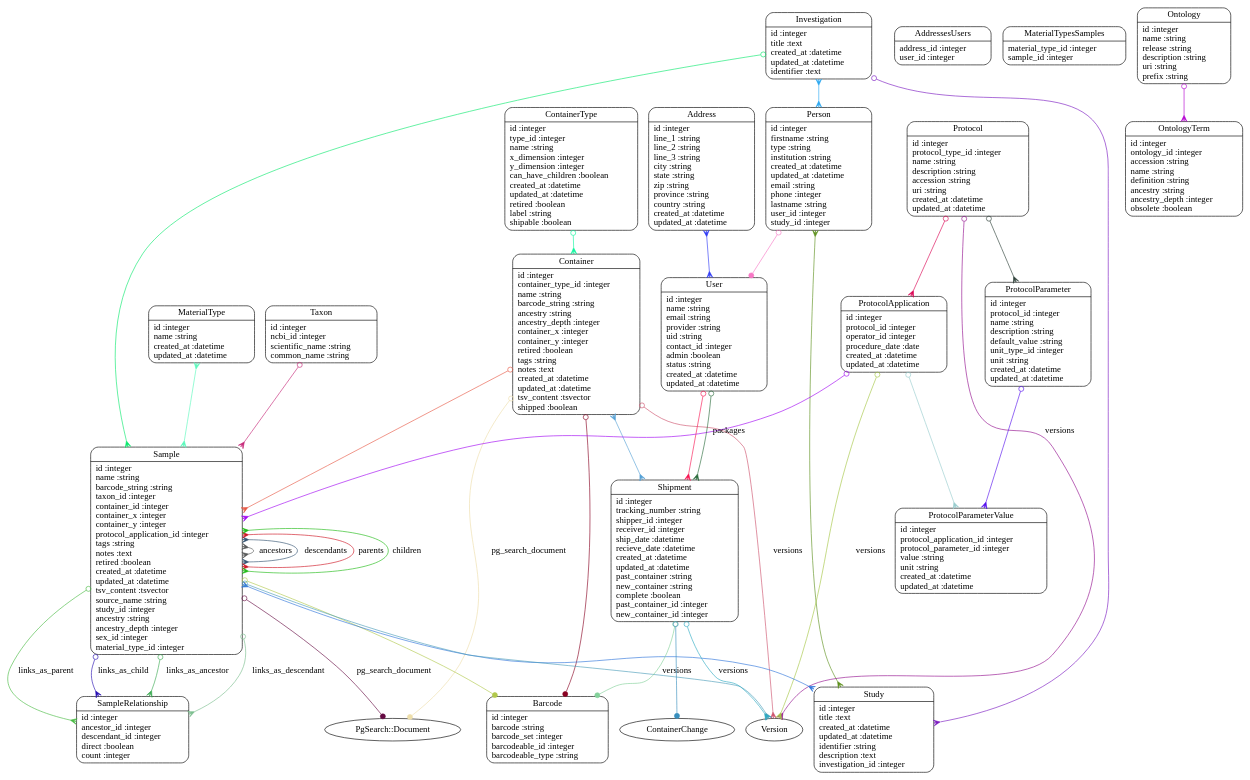
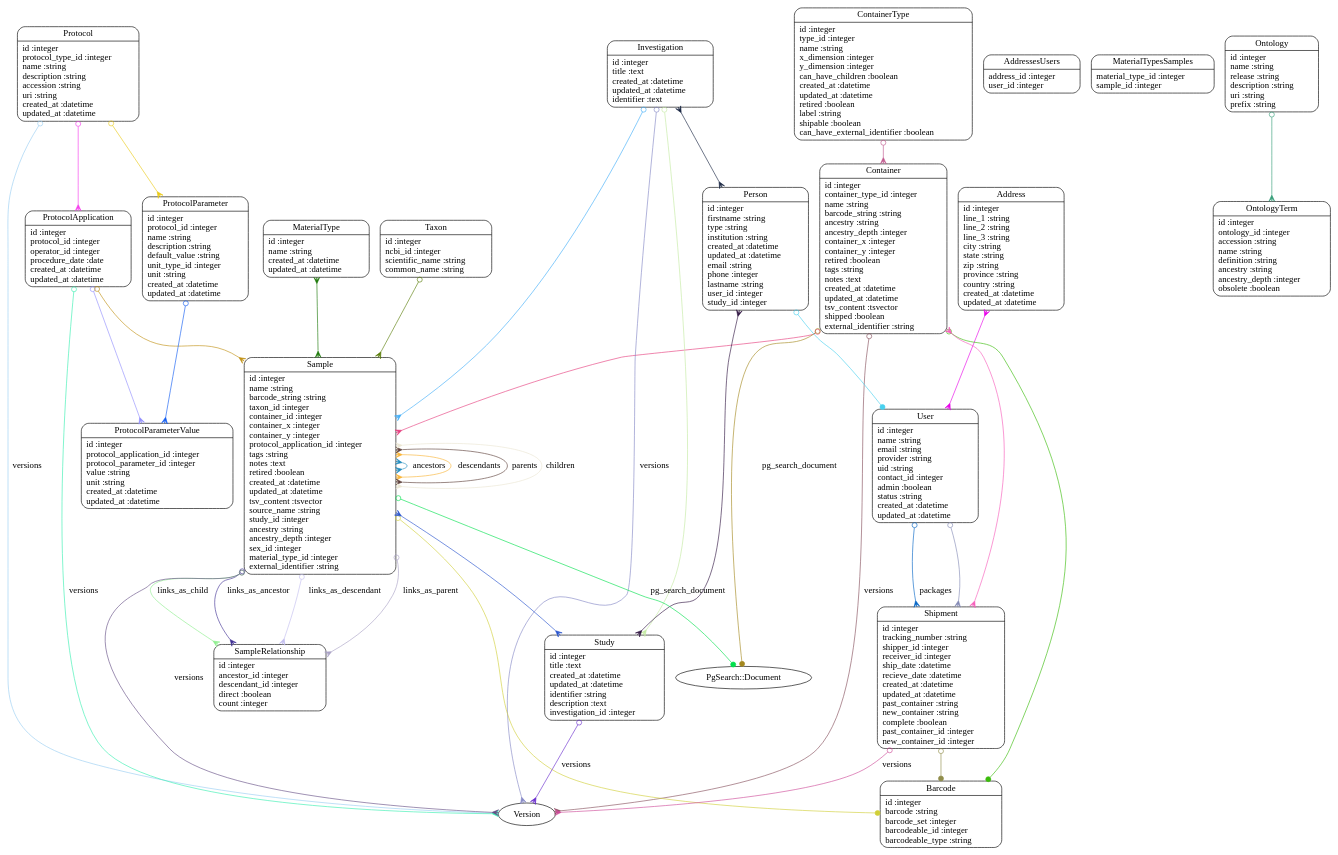
Before and after one commit to dimitras/collos: the diagram in models.dot, drawn with Graphviz. The commit also changed 25 other files, not shown here.

```diff
--- a/models.dot
+++ b/models.dot
@@ -1,63 +1,64 @@
 digraph models_diagram {
 	graph[overlap=false, splines=true]
 	"Address" [shape=Mrecord, label="{Address|id :integer\lline_1 :string\lline_2 :string\lline_3 :string\lcity :string\lstate :string\lzip :string\lprovince :string\lcountry :string\lcreated_at :datetime\lupdated_at :datetime\l}"]
 	"AddressesUsers" [shape=Mrecord, label="{AddressesUsers|address_id :integer\luser_id :integer\l}"]
 	"Barcode" [shape=Mrecord, label="{Barcode|id :integer\lbarcode :string\lbarcode_set :integer\lbarcodeable_id :integer\lbarcodeable_type :string\l}"]
-	"Container" [shape=Mrecord, label="{Container|id :integer\lcontainer_type_id :integer\lname :string\lbarcode_string :string\lancestry :string\lancestry_depth :integer\lcontainer_x :integer\lcontainer_y :integer\lretired :boolean\ltags :string\lnotes :text\lcreated_at :datetime\lupdated_at :datetime\ltsv_content :tsvector\lshipped :boolean\l}"]
-	"ContainerType" [shape=Mrecord, label="{ContainerType|id :integer\ltype_id :integer\lname :string\lx_dimension :integer\ly_dimension :integer\lcan_have_children :boolean\lcreated_at :datetime\lupdated_at :datetime\lretired :boolean\llabel :string\lshipable :boolean\l}"]
+	"Container" [shape=Mrecord, label="{Container|id :integer\lcontainer_type_id :integer\lname :string\lbarcode_string :string\lancestry :string\lancestry_depth :integer\lcontainer_x :integer\lcontainer_y :integer\lretired :boolean\ltags :string\lnotes :text\lcreated_at :datetime\lupdated_at :datetime\ltsv_content :tsvector\lshipped :boolean\lexternal_identifier :string\l}"]
+	"ContainerType" [shape=Mrecord, label="{ContainerType|id :integer\ltype_id :integer\lname :string\lx_dimension :integer\ly_dimension :integer\lcan_have_children :boolean\lcreated_at :datetime\lupdated_at :datetime\lretired :boolean\llabel :string\lshipable :boolean\lcan_have_external_identifier :boolean\l}"]
 	"Investigation" [shape=Mrecord, label="{Investigation|id :integer\ltitle :text\lcreated_at :datetime\lupdated_at :datetime\lidentifier :text\l}"]
 	"MaterialType" [shape=Mrecord, label="{MaterialType|id :integer\lname :string\lcreated_at :datetime\lupdated_at :datetime\l}"]
 	"MaterialTypesSamples" [shape=Mrecord, label="{MaterialTypesSamples|material_type_id :integer\lsample_id :integer\l}"]
 	"Ontology" [shape=Mrecord, label="{Ontology|id :integer\lname :string\lrelease :string\ldescription :string\luri :string\lprefix :string\l}"]
 	"OntologyTerm" [shape=Mrecord, label="{OntologyTerm|id :integer\lontology_id :integer\laccession :string\lname :string\ldefinition :string\lancestry :string\lancestry_depth :integer\lobsolete :boolean\l}"]
 	"Person" [shape=Mrecord, label="{Person|id :integer\lfirstname :string\ltype :string\linstitution :string\lcreated_at :datetime\lupdated_at :datetime\lemail :string\lphone :integer\llastname :string\luser_id :integer\lstudy_id :integer\l}"]
 	"Protocol" [shape=Mrecord, label="{Protocol|id :integer\lprotocol_type_id :integer\lname :string\ldescription :string\laccession :string\luri :string\lcreated_at :datetime\lupdated_at :datetime\l}"]
 	"ProtocolApplication" [shape=Mrecord, label="{ProtocolApplication|id :integer\lprotocol_id :integer\loperator_id :integer\lprocedure_date :date\lcreated_at :datetime\lupdated_at :datetime\l}"]
 	"ProtocolParameter" [shape=Mrecord, label="{ProtocolParameter|id :integer\lprotocol_id :integer\lname :string\ldescription :string\ldefault_value :string\lunit_type_id :integer\lunit :string\lcreated_at :datetime\lupdated_at :datetime\l}"]
 	"ProtocolParameterValue" [shape=Mrecord, label="{ProtocolParameterValue|id :integer\lprotocol_application_id :integer\lprotocol_parameter_id :integer\lvalue :string\lunit :string\lcreated_at :datetime\lupdated_at :datetime\l}"]
-	"Sample" [shape=Mrecord, label="{Sample|id :integer\lname :string\lbarcode_string :string\ltaxon_id :integer\lcontainer_id :integer\lcontainer_x :integer\lcontainer_y :integer\lprotocol_application_id :integer\ltags :string\lnotes :text\lretired :boolean\lcreated_at :datetime\lupdated_at :datetime\ltsv_content :tsvector\lsource_name :string\lstudy_id :integer\lancestry :string\lancestry_depth :integer\lsex_id :integer\lmaterial_type_id :integer\l}"]
+	"Sample" [shape=Mrecord, label="{Sample|id :integer\lname :string\lbarcode_string :string\ltaxon_id :integer\lcontainer_id :integer\lcontainer_x :integer\lcontainer_y :integer\lprotocol_application_id :integer\ltags :string\lnotes :text\lretired :boolean\lcreated_at :datetime\lupdated_at :datetime\ltsv_content :tsvector\lsource_name :string\lstudy_id :integer\lancestry :string\lancestry_depth :integer\lsex_id :integer\lmaterial_type_id :integer\lexternal_identifier :string\l}"]
 	"SampleRelationship" [shape=Mrecord, label="{SampleRelationship|id :integer\lancestor_id :integer\ldescendant_id :integer\ldirect :boolean\lcount :integer\l}"]
 	"Shipment" [shape=Mrecord, label="{Shipment|id :integer\ltracking_number :string\lshipper_id :integer\lreceiver_id :integer\lship_date :datetime\lrecieve_date :datetime\lcreated_at :datetime\lupdated_at :datetime\lpast_container :string\lnew_container :string\lcomplete :boolean\lpast_container_id :integer\lnew_container_id :integer\l}"]
 	"Study" [shape=Mrecord, label="{Study|id :integer\ltitle :text\lcreated_at :datetime\lupdated_at :datetime\lidentifier :string\ldescription :text\linvestigation_id :integer\l}"]
 	"Taxon" [shape=Mrecord, label="{Taxon|id :integer\lncbi_id :integer\lscientific_name :string\lcommon_name :string\l}"]
 	"User" [shape=Mrecord, label="{User|id :integer\lname :string\lemail :string\lprovider :string\luid :string\lcontact_id :integer\ladmin :boolean\lstatus :string\lcreated_at :datetime\lupdated_at :datetime\l}"]
-	"Address" -> "User" [arrowtail=crow, arrowhead=crow, dir=both color="#313CF6"]
-	"Container" -> "Sample" [arrowtail=odot, arrowhead=crow, dir=both color="#E75945"]
-	"Container" -> "Barcode" [arrowtail=odot, arrowhead=dot, dir=both color="#890223"]
-	"Container" -> "Shipment" [arrowtail=crow, arrowhead=crow, dir=both color="#55A1D6"]
-	"Container" -> "PgSearch::Document" [label="pg_search_document", arrowtail=odot, arrowhead=dot, dir=both color="#EDDEAA"]
-	"Container" -> "Version" [label="versions", arrowtail=odot, arrowhead=crow, dir=both color="#CD536D"]
-	"ContainerType" -> "Container" [arrowtail=odot, arrowhead=crow, dir=both color="#0DF59D"]
-	"Investigation" -> "Study" [arrowtail=odot, arrowhead=crow, dir=both color="#7B18C1"]
-	"Investigation" -> "Sample" [arrowtail=odot, arrowhead=crow, dir=both color="#0AE96D"]
-	"Investigation" -> "Person" [arrowtail=crow, arrowhead=crow, dir=both color="#2BA7F0"]
-	"MaterialType" -> "Sample" [arrowtail=crow, arrowhead=crow, dir=both color="#5BF9BC"]
-	"Ontology" -> "OntologyTerm" [arrowtail=odot, arrowhead=crow, dir=both color="#B401D1"]
-	"Person" -> "Study" [arrowtail=crow, arrowhead=crow, dir=both color="#5E911E"]
-	"Person" -> "User" [arrowtail=odot, arrowhead=dot, dir=both color="#F778C5"]
-	"Protocol" -> "ProtocolApplication" [arrowtail=odot, arrowhead=crow, dir=both color="#DB0352"]
-	"Protocol" -> "ProtocolParameter" [arrowtail=odot, arrowhead=crow, dir=both color="#2E4039"]
-	"Protocol" -> "Version" [label="versions", arrowtail=odot, arrowhead=crow, dir=both color="#920E8D"]
-	"ProtocolApplication" -> "Sample" [arrowtail=odot, arrowhead=crow, dir=both color="#A104F3"]
-	"ProtocolApplication" -> "ProtocolParameterValue" [arrowtail=odot, arrowhead=crow, dir=both color="#97CCCD"]
-	"ProtocolApplication" -> "Version" [label="versions", arrowtail=odot, arrowhead=crow, dir=both color="#A4C543"]
-	"ProtocolParameter" -> "ProtocolParameterValue" [arrowtail=odot, arrowhead=crow, dir=both color="#5511EE"]
-	"Sample" -> "Barcode" [arrowtail=odot, arrowhead=dot, dir=both color="#B1C84C"]
-	"Sample" -> "Study" [arrowtail=crow, arrowhead=crow, dir=both color="#2D74DA"]
-	"Sample" -> "SampleRelationship" [label="links_as_ancestor", arrowtail=odot, arrowhead=crow, dir=both color="#3CAA53"]
-	"Sample" -> "SampleRelationship" [label="links_as_descendant", arrowtail=odot, arrowhead=crow, dir=both color="#7ABE8D"]
-	"Sample" -> "Sample" [label="ancestors", arrowtail=crow, arrowhead=crow, dir=both color="#555757"]
-	"Sample" -> "Sample" [label="descendants", arrowtail=crow, arrowhead=crow, dir=both color="#31516F"]
-	"Sample" -> "SampleRelationship" [label="links_as_parent", arrowtail=odot, arrowhead=crow, dir=both color="#48BB42"]
-	"Sample" -> "SampleRelationship" [label="links_as_child", arrowtail=odot, arrowhead=crow, dir=both color="#2910B3"]
-	"Sample" -> "Sample" [label="parents", arrowtail=crow, arrowhead=crow, dir=both color="#CD1320"]
-	"Sample" -> "Sample" [label="children", arrowtail=crow, arrowhead=crow, dir=both color="#1FBB14"]
-	"Sample" -> "PgSearch::Document" [label="pg_search_document", arrowtail=odot, arrowhead=dot, dir=both color="#650A43"]
-	"Sample" -> "Version" [label="versions", arrowtail=odot, arrowhead=crow, dir=both color="#4A9CB9"]
-	"Shipment" -> "Barcode" [arrowtail=odot, arrowhead=dot, dir=both color="#84D19B"]
-	"Shipment" -> "ContainerChange" [arrowtail=odot, arrowhead=dot, dir=both color="#388FBE"]
-	"Shipment" -> "Version" [label="versions", arrowtail=odot, arrowhead=crow, dir=both color="#2DABC2"]
-	"Taxon" -> "Sample" [arrowtail=odot, arrowhead=crow, dir=both color="#C52677"]
-	"User" -> "Shipment" [arrowtail=odot, arrowhead=crow, dir=both color="#F81552"]
-	"User" -> "Shipment" [label="packages", arrowtail=odot, arrowhead=crow, dir=both color="#2B6C3C"]
+	"Address" -> "User" [arrowtail=crow, arrowhead=crow, dir=both color="#E804E8"]
+	"Container" -> "Sample" [arrowtail=odot, arrowhead=crow, dir=both color="#E53E7E"]
+	"Container" -> "Barcode" [arrowtail=odot, arrowhead=dot, dir=both color="#3ABC0B"]
+	"Container" -> "Shipment" [arrowtail=crow, arrowhead=crow, dir=both color="#F75CBB"]
+	"Container" -> "PgSearch::Document" [label="pg_search_document", arrowtail=odot, arrowhead=dot, dir=both color="#A4881F"]
+	"Container" -> "Version" [label="versions", arrowtail=odot, arrowhead=crow, dir=both color="#864F5C"]
+	"ContainerType" -> "Container" [arrowtail=odot, arrowhead=crow, dir=both color="#C0588D"]
+	"Investigation" -> "Study" [arrowtail=odot, arrowhead=crow, dir=both color="#C4EBA3"]
+	"Investigation" -> "Sample" [arrowtail=odot, arrowhead=crow, dir=both color="#41AEF8"]
+	"Investigation" -> "Person" [arrowtail=crow, arrowhead=crow, dir=both color="#182643"]
+	"Investigation" -> "Version" [label="versions", arrowtail=odot, arrowhead=crow, dir=both color="#8487C6"]
+	"MaterialType" -> "Sample" [arrowtail=crow, arrowhead=crow, dir=both color="#1C7908"]
+	"Ontology" -> "OntologyTerm" [arrowtail=odot, arrowhead=crow, dir=both color="#359D78"]
+	"Person" -> "Study" [arrowtail=crow, arrowhead=crow, dir=both color="#301542"]
+	"Person" -> "User" [arrowtail=odot, arrowhead=dot, dir=both color="#48D1EF"]
+	"Protocol" -> "ProtocolApplication" [arrowtail=odot, arrowhead=crow, dir=both color="#F53BEC"]
+	"Protocol" -> "ProtocolParameter" [arrowtail=odot, arrowhead=crow, dir=both color="#EACA15"]
+	"Protocol" -> "Version" [label="versions", arrowtail=odot, arrowhead=crow, dir=both color="#99CEF3"]
+	"ProtocolApplication" -> "Sample" [arrowtail=odot, arrowhead=crow, dir=both color="#C19114"]
+	"ProtocolApplication" -> "ProtocolParameterValue" [arrowtail=odot, arrowhead=crow, dir=both color="#918DFD"]
+	"ProtocolApplication" -> "Version" [label="versions", arrowtail=odot, arrowhead=crow, dir=both color="#39EFB1"]
+	"ProtocolParameter" -> "ProtocolParameterValue" [arrowtail=odot, arrowhead=crow, dir=both color="#105CF2"]
+	"Sample" -> "Barcode" [arrowtail=odot, arrowhead=dot, dir=both color="#D0CF38"]
+	"Sample" -> "Study" [arrowtail=crow, arrowhead=crow, dir=both color="#2753CD"]
+	"Sample" -> "SampleRelationship" [label="links_as_ancestor", arrowtail=odot, arrowhead=crow, dir=both color="#423395"]
+	"Sample" -> "SampleRelationship" [label="links_as_descendant", arrowtail=odot, arrowhead=crow, dir=both color="#C3BEEF"]
+	"Sample" -> "Sample" [label="ancestors", arrowtail=crow, arrowhead=crow, dir=both color="#228CBE"]
+	"Sample" -> "Sample" [label="descendants", arrowtail=crow, arrowhead=crow, dir=both color="#F9B436"]
+	"Sample" -> "SampleRelationship" [label="links_as_parent", arrowtail=odot, arrowhead=crow, dir=both color="#AAA2C6"]
+	"Sample" -> "SampleRelationship" [label="links_as_child", arrowtail=odot, arrowhead=crow, dir=both color="#8CEE8C"]
+	"Sample" -> "Sample" [label="parents", arrowtail=crow, arrowhead=crow, dir=both color="#5E403B"]
+	"Sample" -> "Sample" [label="children", arrowtail=crow, arrowhead=crow, dir=both color="#EBE6D2"]
+	"Sample" -> "PgSearch::Document" [label="pg_search_document", arrowtail=odot, arrowhead=dot, dir=both color="#03E04D"]
+	"Sample" -> "Version" [label="versions", arrowtail=odot, arrowhead=crow, dir=both color="#654F85"]
+	"Shipment" -> "Barcode" [arrowtail=odot, arrowhead=dot, dir=both color="#908D4B"]
+	"Shipment" -> "Version" [label="versions", arrowtail=odot, arrowhead=crow, dir=both color="#CE4B99"]
+	"Study" -> "Version" [label="versions", arrowtail=odot, arrowhead=crow, dir=both color="#682CCE"]
+	"Taxon" -> "Sample" [arrowtail=odot, arrowhead=crow, dir=both color="#5A7E08"]
+	"User" -> "Shipment" [arrowtail=odot, arrowhead=crow, dir=both color="#848AB5"]
+	"User" -> "Shipment" [label="packages", arrowtail=odot, arrowhead=crow, dir=both color="#0565C5"]
 }
```
